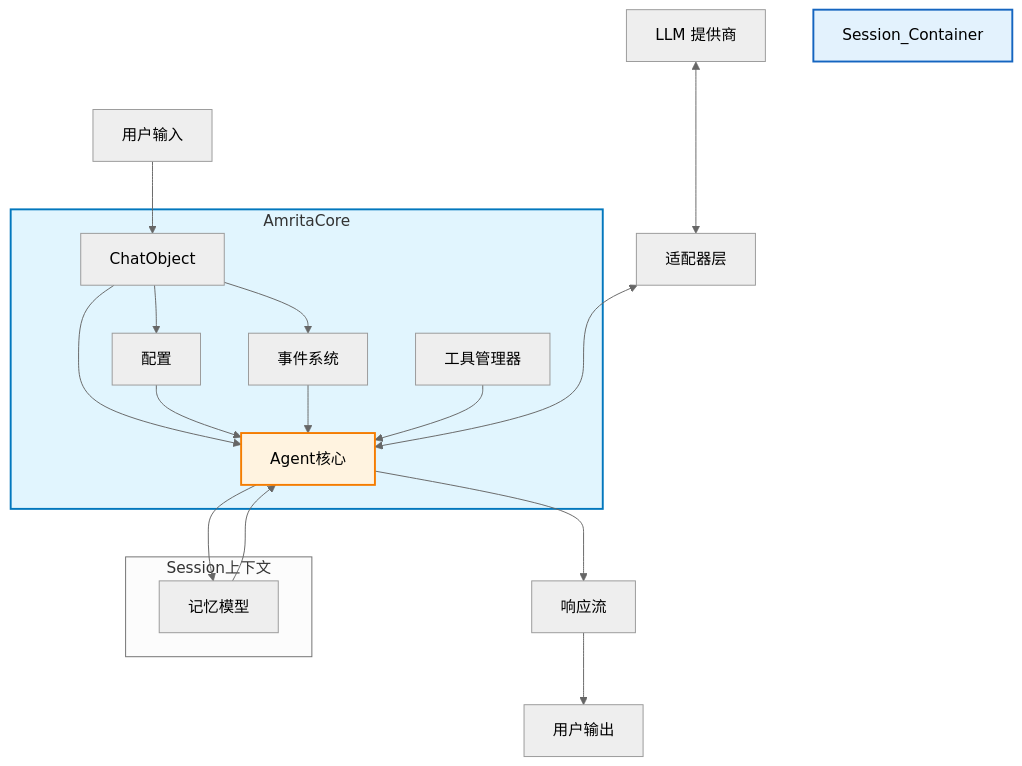
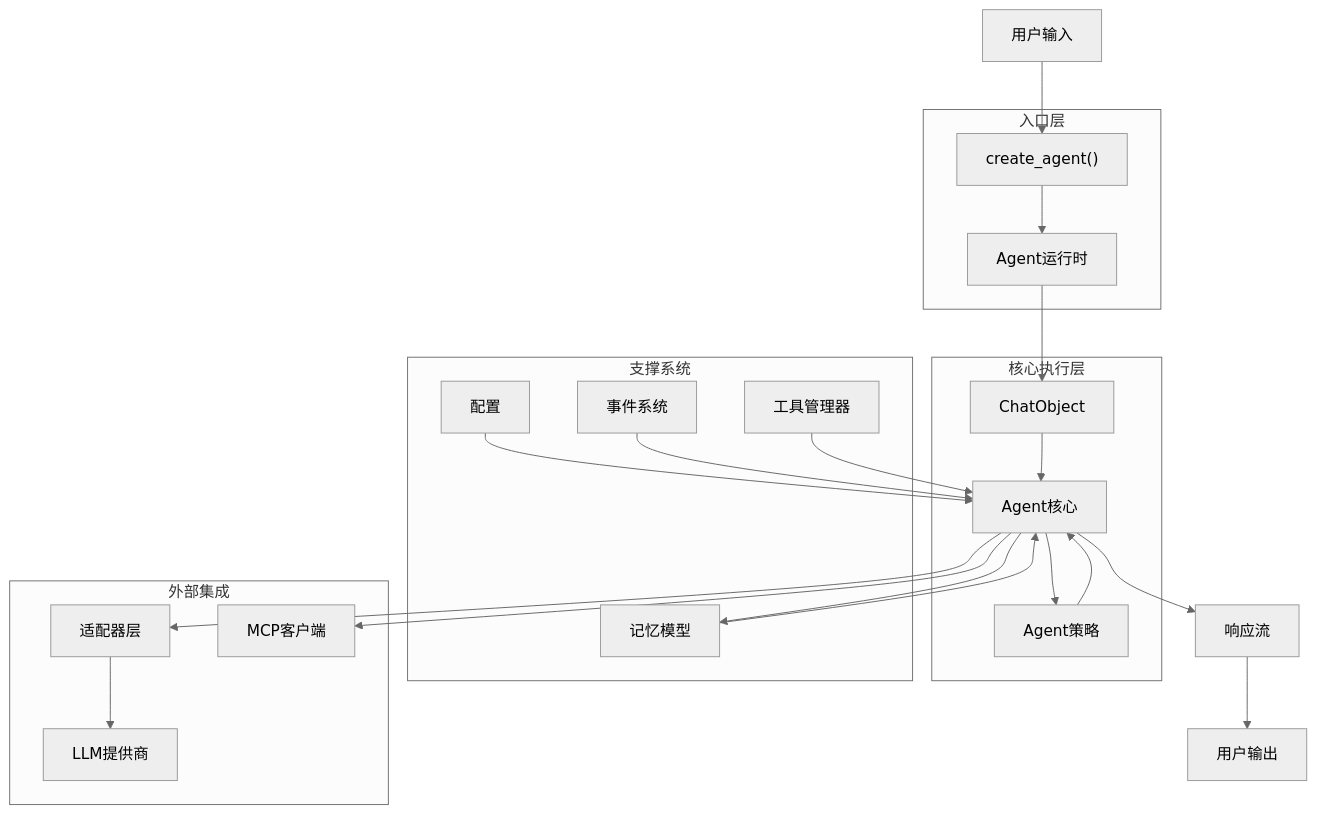
The first of 4 diagrams in docs/zh/guide/getting-started/architecture.md (AmritaBot/AmritaCore), drawn with Mermaid (neutral theme) before and after one commit. The commit also changed other lines of this file and 43 other files, not shown here.

````diff
--- a/docs/zh/guide/getting-started/architecture.md
+++ b/docs/zh/guide/getting-started/architecture.md
@@ -7,34 +7,45 @@
 ```mermaid
 graph TB
-    subgraph "AmritaCore"
+    subgraph "入口层"
+        H[Agent运行时]
+        Factory["create_agent()"]
+    end
+
+    subgraph "核心执行层"
         A[ChatObject]
+        F[Agent核心]
+        G[Agent策略]
+    end
+
+    subgraph "支撑系统"
         B[配置]
         C[事件系统]
         D[工具管理器]
-        F[Agent核心]
-    end
-
-    subgraph "Session上下文"
         E[记忆模型]
     end
 
-    用户输入 --> A
-    A --> B
-    A --> C
+    subgraph "外部集成"
+        Adapter[适配器层]
+        LLM[LLM提供商]
+        MCP[MCP客户端]
+    end
+
+    用户输入 --> Factory
+    Factory --> H
+    H --> A
     A --> F
+    F --> G
+    G --> F
+    F --> Adapter
+    Adapter --> LLM
+    F --> MCP
+
     B --> F
     C --> F
     D --> F
     E --> F
+
     F --> 响应流[响应流]
-
     响应流 --> 用户输出
     F --> E
-
-    LLM[LLM 提供商] <---> 适配器[适配器层]
-    适配器 <---> F
-
-    style AmritaCore fill:#e1f5fe,stroke:#0277bd,stroke-width:2px
-    style F fill:#fff3e0,stroke:#f57c00,stroke-width:2px
-    style Session_Container fill:#e3f2fd,stroke:#1565c0,stroke-width:2px
 ```
````
